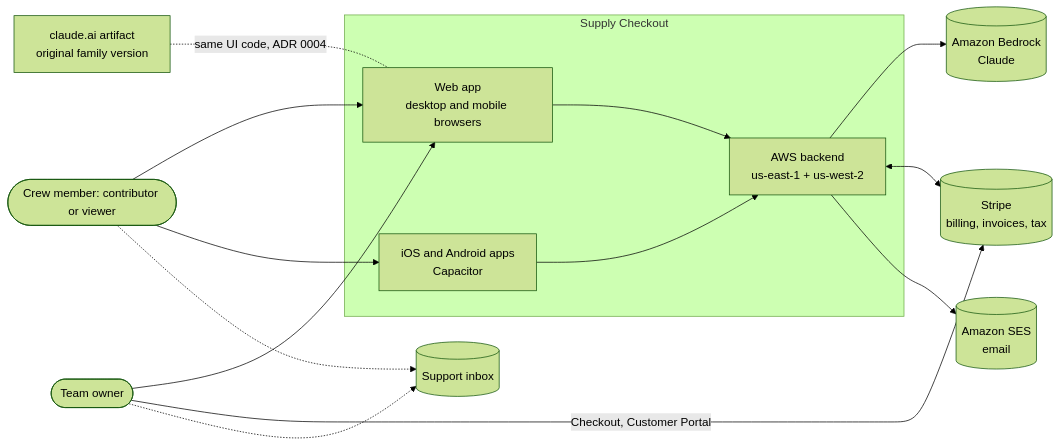
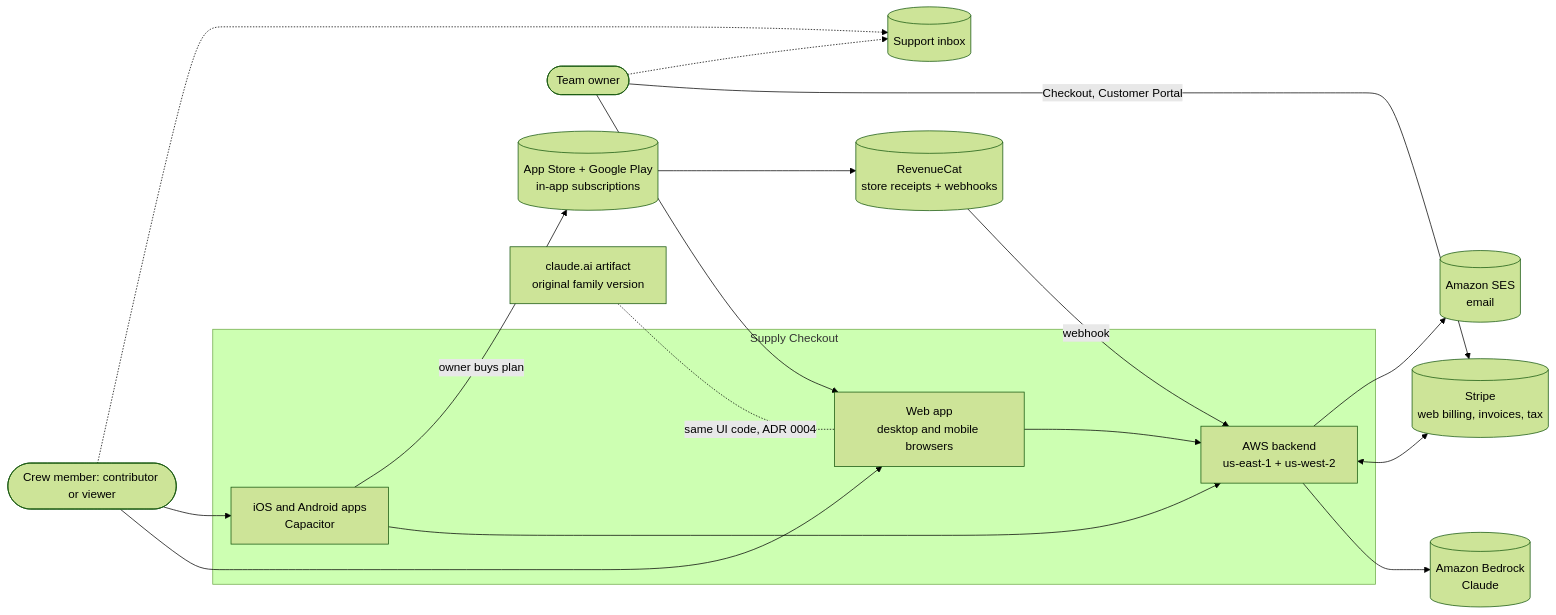
Before and after one commit to davetashner/supply-checkout: the first of 8 diagrams in docs/architecture/README.md, drawn with Mermaid (forest theme). The commit also changed other lines of this file and 6 other files, not shown here.

First line of the commit message:
docs: add in-app subscriptions on iOS and Android (ADR 0013)

````diff
--- a/docs/architecture/README.md
+++ b/docs/architecture/README.md
@@ -9,28 +9,33 @@
 ```mermaid
 flowchart LR
   owner([Team owner])
   crew([Crew member: contributor or viewer])
   subgraph SC[Supply Checkout]
     web[Web app<br/>desktop and mobile browsers]
     apps[iOS and Android apps<br/>Capacitor]
     backend[AWS backend<br/>us-east-1 + us-west-2]
   end
-  stripe[(Stripe<br/>billing, invoices, tax)]
+  stripe[(Stripe<br/>web billing, invoices, tax)]
+  stores[(App Store + Google Play<br/>in-app subscriptions)]
+  rc[(RevenueCat<br/>store receipts + webhooks)]
   bedrock[(Amazon Bedrock<br/>Claude)]
   mail[(Amazon SES<br/>email)]
   support[(Support inbox)]
   artifact[claude.ai artifact<br/>original family version]
 
   owner --> web
   crew --> web
   crew --> apps
   web --> backend
   apps --> backend
   backend --> bedrock
   backend <--> stripe
+  apps -->|owner buys plan| stores
+  stores --> rc
+  rc -->|webhook| backend
   owner -->|Checkout, Customer Portal| stripe
   backend --> mail
   owner -.-> support
   crew -.-> support
   artifact -. same UI code, ADR 0004 .- web
 ```
````
